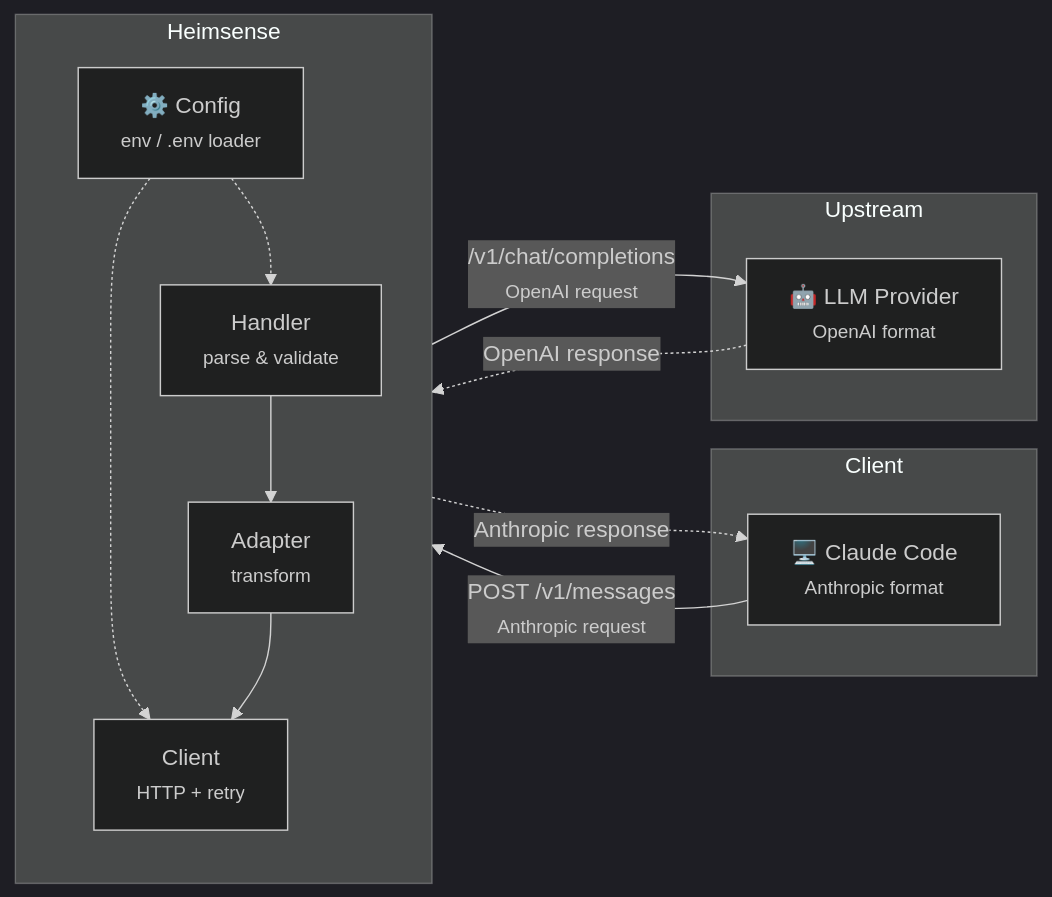
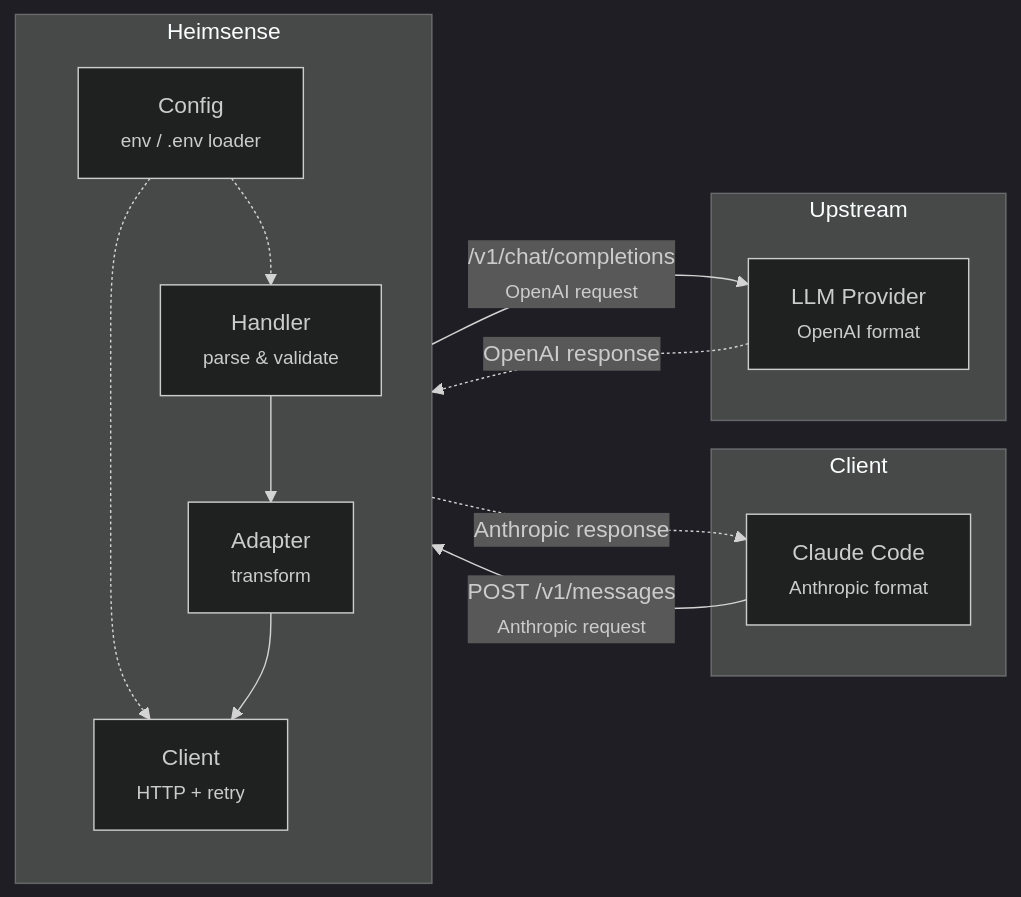
One commit to fajarhide/heimsense changed the first of 3 diagrams in README.md. Above: the diagram before and after it, drawn with Mermaid (dark theme).

Commit message:
docs: remove emoji icons from mermaid architecture diagram in README

````diff
--- a/README.md
+++ b/README.md
@@ -119,26 +119,26 @@
 ```mermaid
 graph LR
     subgraph Client
-        CC["🖥️ Claude Code<br/><small>Anthropic format</small>"]
+        CC["Claude Code<br/><small>Anthropic format</small>"]
     end
 
     subgraph Heimsense
         direction TB
-        CFG["⚙️ Config<br/><small>env / .env loader</small>"]
+        CFG["Config<br/><small>env / .env loader</small>"]
         H["Handler<br/><small>parse & validate</small>"]
         A["Adapter<br/><small>transform</small>"]
         CL["Client<br/><small>HTTP + retry</small>"]
         CFG -.-> H
         CFG -.-> CL
         H --> A --> CL
     end
 
     subgraph Upstream
-        LP["🤖 LLM Provider<br/><small>OpenAI format</small>"]
+        LP["LLM Provider<br/><small>OpenAI format</small>"]
     end
 
     CC -- "POST /v1/messages<br/><small>Anthropic request</small>" --> H
     CL -- "/v1/chat/completions<br/><small>OpenAI request</small>" --> LP
     LP -. "OpenAI response" .-> CL
     CL -. "Anthropic response" .-> CC
 ```
````
